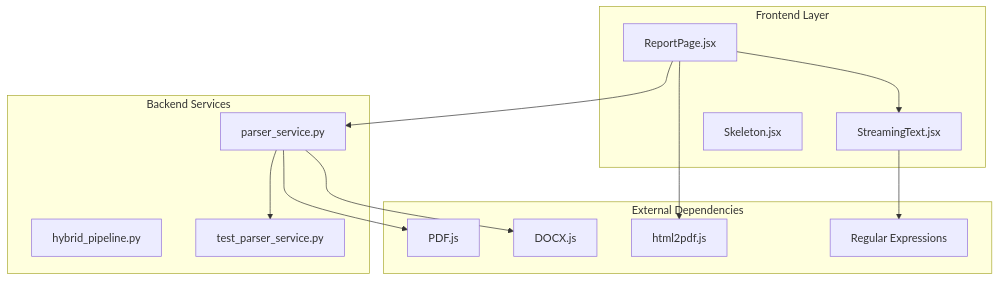
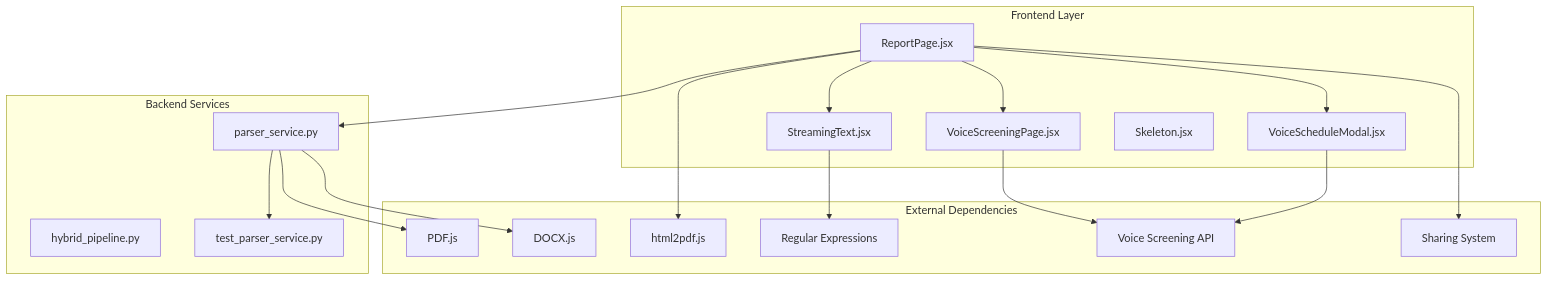
The first of 12 diagrams in .qoder/repowiki/en/content/Frontend Architecture/Page Structure/Enhanced Resume Text Rendering Component.md (Revanththetalogics/aireume), drawn with Mermaid before and after one commit. The commit also changed other lines of this file and 39 other files, not shown here.

````diff
--- a/.qoder/repowiki/en/content/Frontend Architecture/Page Structure/Enhanced Resume Text Rendering Component.md
+++ b/.qoder/repowiki/en/content/Frontend Architecture/Page Structure/Enhanced Resume Text Rendering Component.md
@@ -31,26 +44,35 @@
 ```mermaid
 graph TB
 subgraph "Frontend Layer"
 RP[ReportPage.jsx]
 STR[StreamingText.jsx]
+VSP[VoiceScreeningPage.jsx]
+VSM[VoiceScheduleModal.jsx]
 ST[Skeleton.jsx]
 end
 subgraph "Backend Services"
 PS[parser_service.py]
 HP[hybrid_pipeline.py]
 TS[test_parser_service.py]
 end
 subgraph "External Dependencies"
 PDF[PDF.js]
 DOCX[DOCX.js]
 HTML2PDF[html2pdf.js]
 RE[Regular Expressions]
+VOICE[Voice Screening API]
+SHARE[Sharing System]
 end
 RP --> STR
 RP --> PS
+RP --> VSP
+RP --> VSM
 PS --> PDF
 PS --> DOCX
 RP --> HTML2PDF
+RP --> SHARE
 STR --> RE
 PS --> TS
+VSP --> VOICE
+VSM --> VOICE
 ```
````
